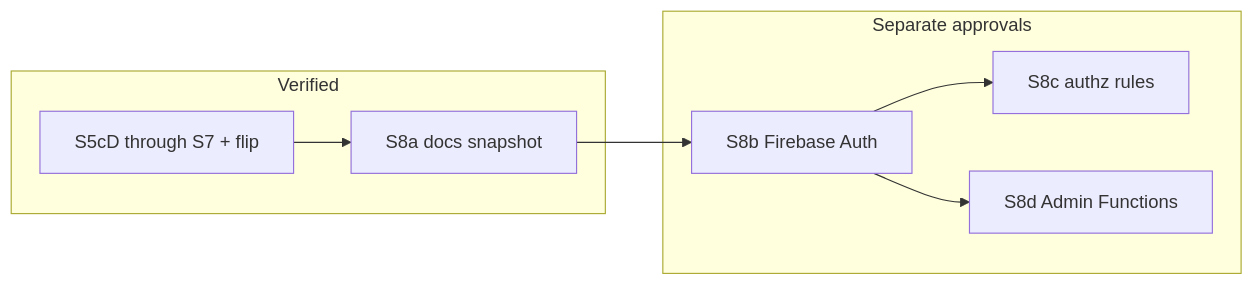
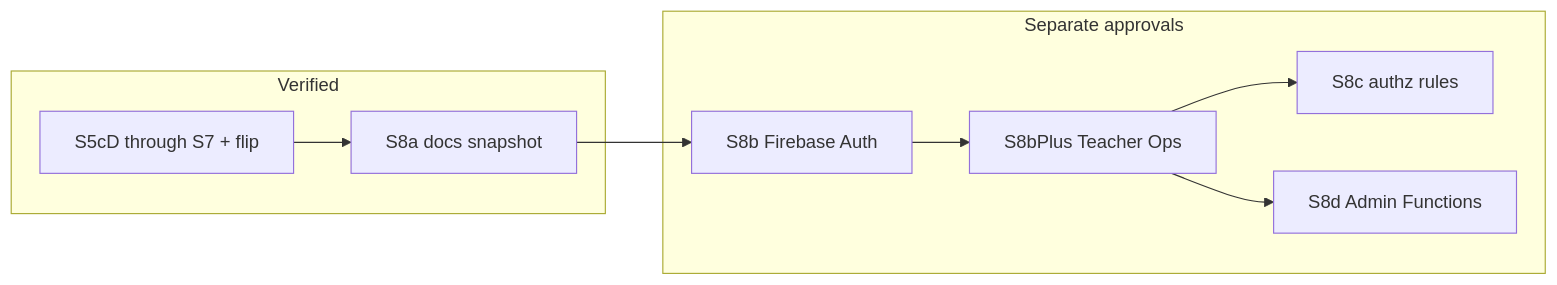
One commit to Silentra/Quantum-collectors changed the diagram in docs/DATABASE_SCOPING_ROADMAP.md. Above: the diagram before and after it, drawn with Mermaid. The commit also changed other lines of this file and 5 other files, not shown here.

````diff
--- a/docs/DATABASE_SCOPING_ROADMAP.md
+++ b/docs/DATABASE_SCOPING_ROADMAP.md
@@ -64,14 +66,15 @@
 ```mermaid
 flowchart LR
   subgraph done [Verified]
     S5to7[S5cD through S7 + flip]
     S8a[S8a docs snapshot]
   end
   subgraph next [Separate approvals]
     S8b[S8b Firebase Auth]
+    S8bPlus[S8bPlus Teacher Ops]
     S8c[S8c authz rules]
     S8d[S8d Admin Functions]
   end
-  S5to7 --> S8a --> S8b --> S8c
-  S8b --> S8d
+  S5to7 --> S8a --> S8b --> S8bPlus --> S8c
+  S8bPlus --> S8d
 ```
````
